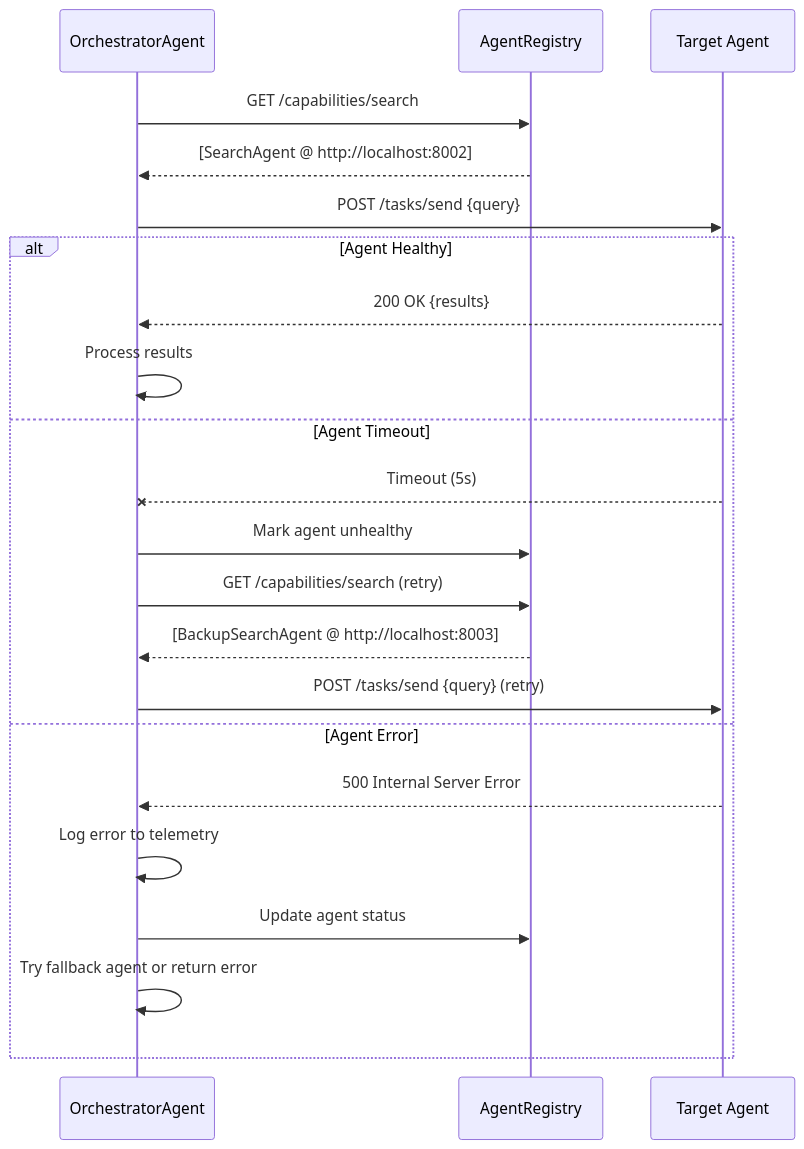
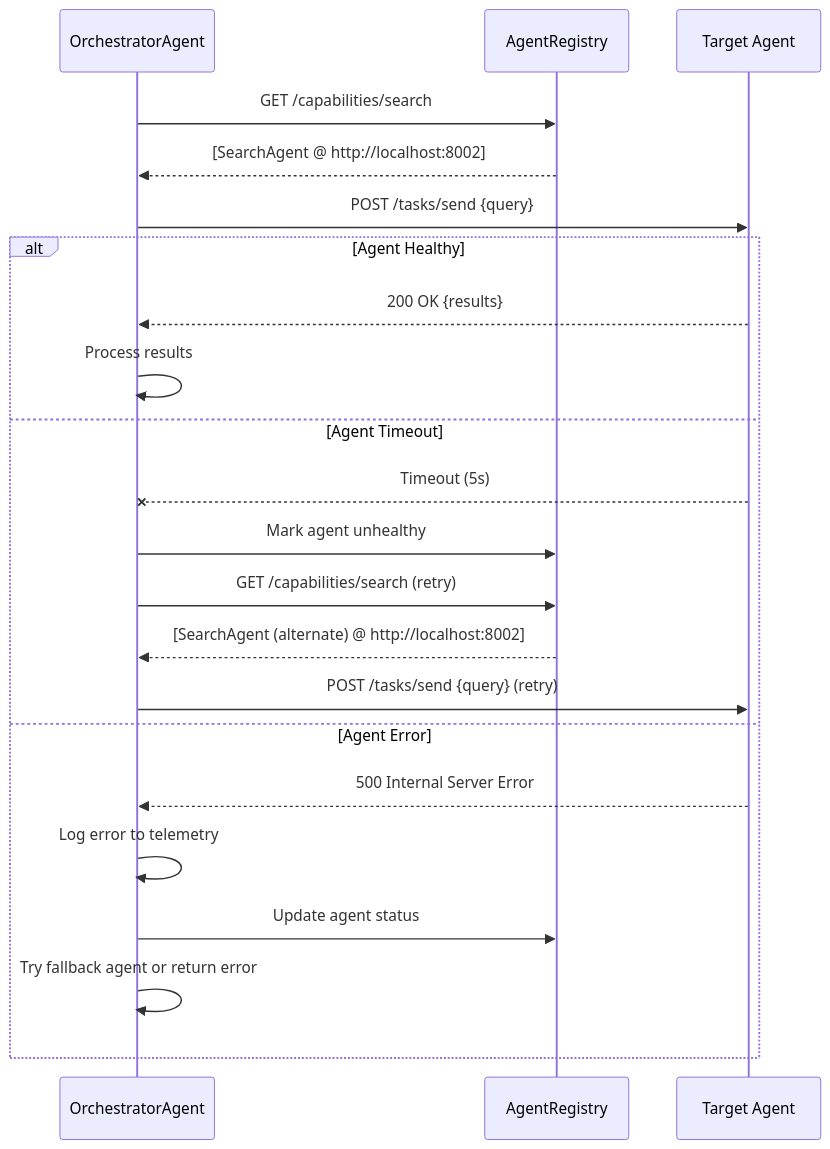
Before and after one commit to amit-jain/cogniverse: the seventh of 8 diagrams in docs/architecture/multi-agent-interactions.md, drawn with Mermaid. The commit also changed other lines of this file and 137 other files, not shown here.

````diff
--- a/docs/architecture/multi-agent-interactions.md
+++ b/docs/architecture/multi-agent-interactions.md
@@ -455,27 +454,27 @@
 ```mermaid
 sequenceDiagram
     participant Orch as OrchestratorAgent
     participant Registry as AgentRegistry
     participant Agent as Target Agent
 
     Orch->>Registry: GET /capabilities/search
     Registry-->>Orch: [SearchAgent @ http://localhost:8002]
 
     Orch->>Agent: POST /tasks/send {query}
 
     alt Agent Healthy
         Agent-->>Orch: 200 OK {results}
         Orch->>Orch: Process results
     else Agent Timeout
         Agent--xOrch: Timeout (5s)
         Orch->>Registry: Mark agent unhealthy
         Orch->>Registry: GET /capabilities/search (retry)
-        Registry-->>Orch: [BackupSearchAgent @ http://localhost:8003]
+        Registry-->>Orch: [SearchAgent (alternate) @ http://localhost:8002]
         Orch->>Agent: POST /tasks/send {query} (retry)
     else Agent Error
         Agent-->>Orch: 500 Internal Server Error
         Orch->>Orch: Log error to telemetry
         Orch->>Registry: Update agent status
         Orch->>Orch: Try fallback agent or return error
     end
 ```
````
